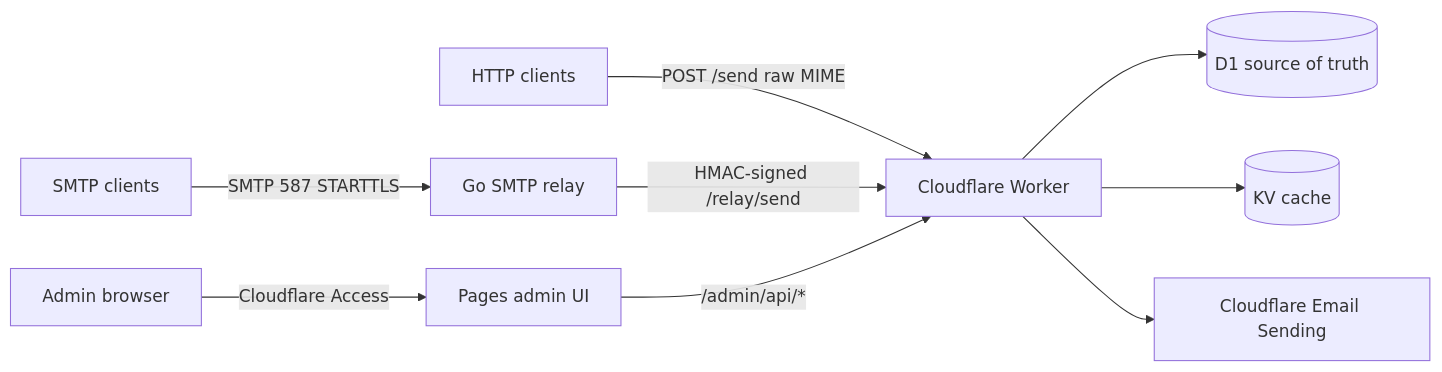
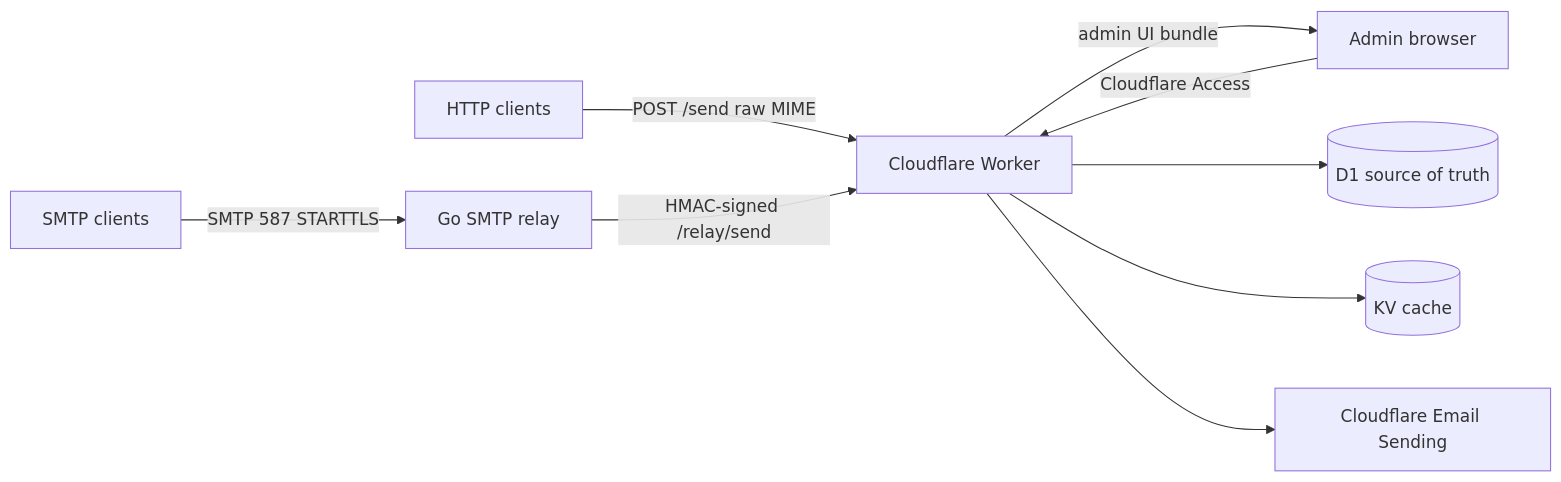
One commit to alexlmiller/cf-mail-relay changed the diagram in README.md. Above: the diagram before and after it, drawn with Mermaid. The commit also changed other lines of this file and 12 other files, not shown here.

First line of the commit message:
feat: single-origin admin (Worker serves the UI bundle)

````diff
--- a/README.md
+++ b/README.md
@@ -19,11 +20,11 @@
 ```mermaid
 flowchart LR
   SMTP[SMTP clients] -->|SMTP 587 STARTTLS| Relay[Go SMTP relay]
   Apps[HTTP clients] -->|POST /send raw MIME| Worker[Cloudflare Worker]
   Relay -->|HMAC-signed /relay/send| Worker
-  Admin[Admin browser] -->|Cloudflare Access| Pages[Pages admin UI]
-  Pages -->|/admin/api/*| Worker
+  Admin[Admin browser] -->|Cloudflare Access| Worker
+  Worker -->|admin UI bundle| Admin
   Worker --> D1[(D1 source of truth)]
   Worker --> KV[(KV cache)]
   Worker --> Email[Cloudflare Email Sending]
 ```
````
